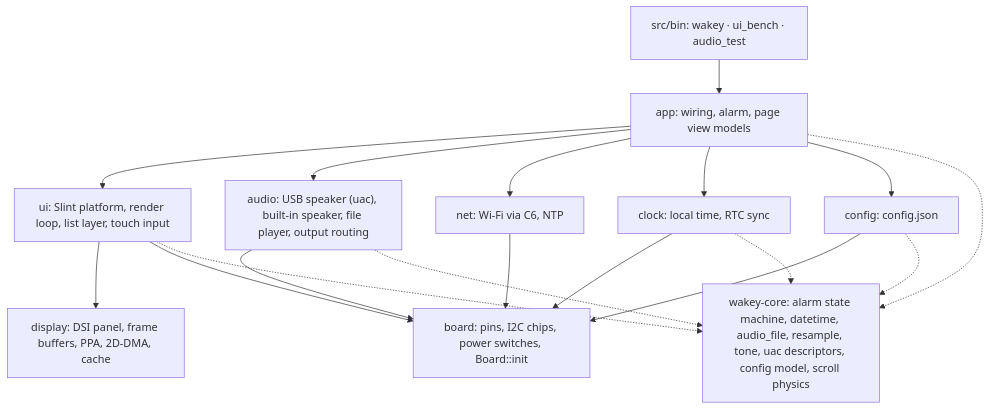
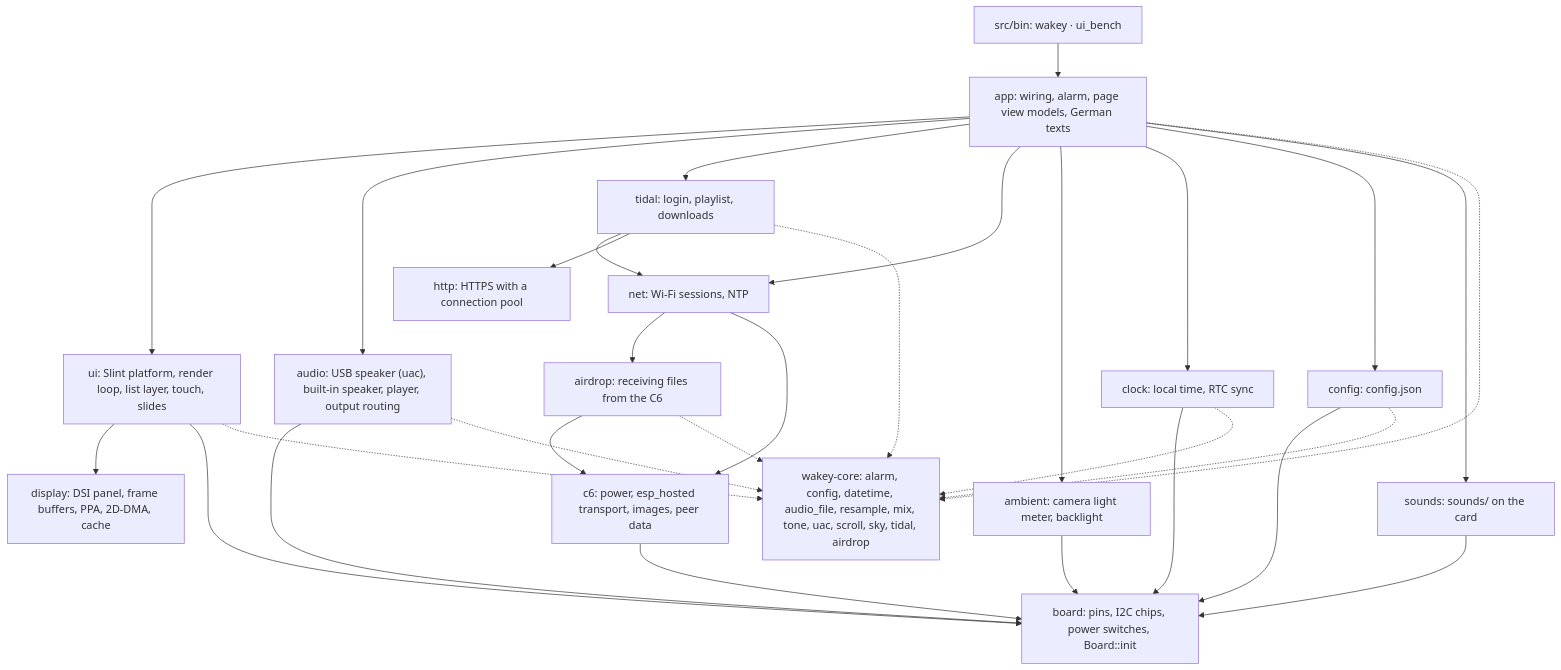
Before and after one commit to wackazong/wakey: the first of 3 diagrams in docs/architecture.md, drawn with Mermaid. The commit also changed other lines of this file and 6 other files, not shown here.

````diff
--- a/docs/architecture.md
+++ b/docs/architecture.md
@@ -34,13 +33,19 @@
 ```mermaid
 flowchart TD
-    BIN["src/bin: wakey · ui_bench · audio_test"] --> APP
-    APP["app: wiring, alarm, page view models"] --> UI & AUDIO & NET & CLOCK & CONFIG
-    UI["ui: Slint platform, render loop, list layer, touch input"] --> DISPLAY & BOARD
-    AUDIO["audio: USB speaker (uac), built-in speaker, file player, output routing"] --> BOARD
-    NET["net: Wi-Fi via C6, NTP"] --> BOARD
+    BIN["src/bin: wakey · ui_bench"] --> APP
+    APP["app: wiring, alarm, page view models, German texts"] --> UI & AUDIO & TIDAL & NET & AMBIENT & CLOCK & CONFIG & SOUNDS
+    UI["ui: Slint platform, render loop, list layer, touch, slides"] --> DISPLAY & BOARD
+    AUDIO["audio: USB speaker (uac), built-in speaker, player, output routing"] --> BOARD
+    TIDAL["tidal: login, playlist, downloads"] --> NET & HTTP
+    HTTP["http: HTTPS with a connection pool"]
+    NET["net: Wi-Fi sessions, NTP"] --> AIRDROP & C6
+    AIRDROP["airdrop: receiving files from the C6"] --> C6
+    C6["c6: power, esp_hosted transport, images, peer data"] --> BOARD
+    AMBIENT["ambient: camera light meter, backlight"] --> BOARD
     CLOCK["clock: local time, RTC sync"] --> BOARD
     CONFIG["config: config.json"] --> BOARD
+    SOUNDS["sounds: sounds/ on the card"] --> BOARD
     BOARD["board: pins, I2C chips, power switches, Board::init"]
     DISPLAY["display: DSI panel, frame buffers, PPA, 2D-DMA, cache"]
-    APP & UI & AUDIO & CLOCK & CONFIG -.-> CORE["wakey-core: alarm state machine, datetime, audio_file, resample, tone, uac descriptors, config model, scroll physics"]
+    APP & UI & AUDIO & TIDAL & AIRDROP & CLOCK & CONFIG -.-> CORE["wakey-core: alarm, config, datetime, audio_file, resample, mix, tone, uac, scroll, sky, tidal, airdrop"]
 ```
````
